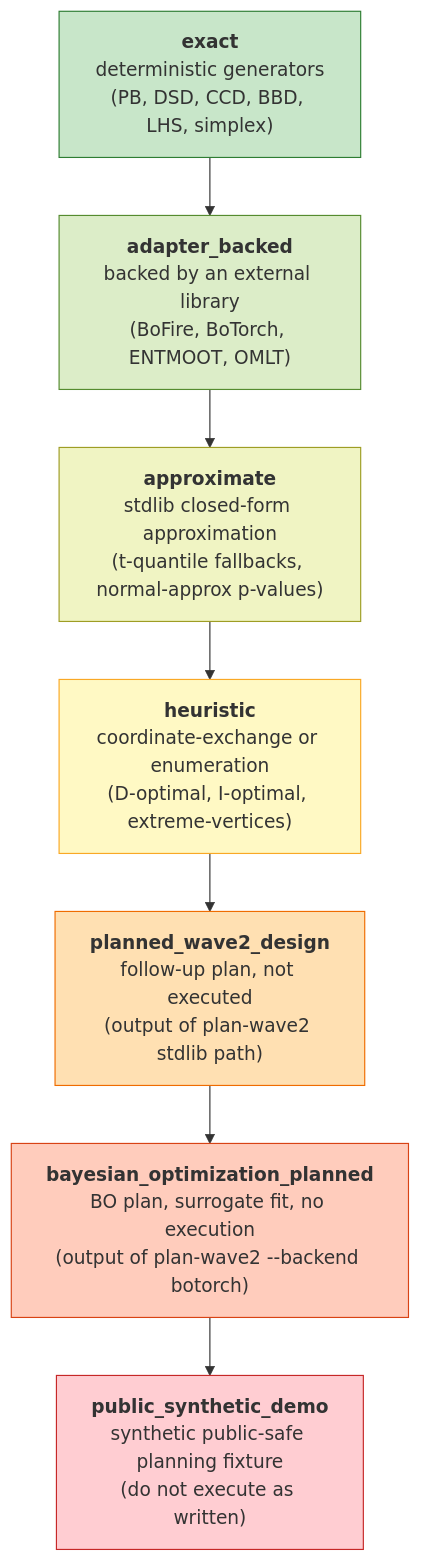
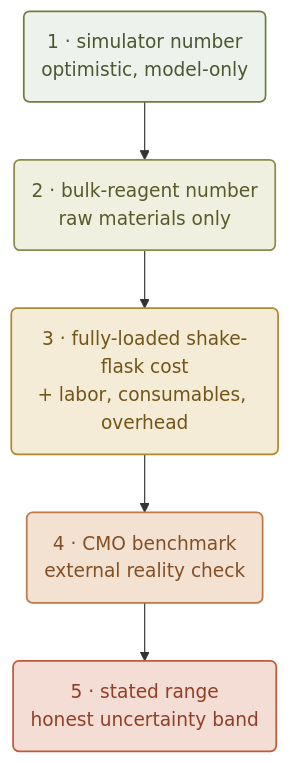
The tenth of 14 diagrams in README.md (BioSymphony/ferm-doe), drawn with Mermaid before and after one commit. The commit also changed other lines of this file and 2 other files, not shown here.

First line of the commit message:
Convert README and visual overview diagrams to inline Mermaid

````diff
--- a/README.md
+++ b/README.md
@@ -271,20 +413,14 @@
 ```mermaid
 flowchart TB
-    A["<b>exact</b><br/>deterministic generators<br/>(PB, DSD, CCD, BBD, LHS, simplex)"]
-    B["<b>adapter_backed</b><br/>backed by an external library<br/>(BoFire, BoTorch, ENTMOOT, OMLT)"]
-    C["<b>approximate</b><br/>stdlib closed-form approximation<br/>(t-quantile fallbacks, normal-approx p-values)"]
-    D["<b>heuristic</b><br/>coordinate-exchange or enumeration<br/>(D-optimal, I-optimal, extreme-vertices)"]
-    E["<b>planned_wave2_design</b><br/>follow-up plan, not executed<br/>(output of plan-wave2 stdlib path)"]
-    F["<b>bayesian_optimization_planned</b><br/>BO plan, surrogate fit, no execution<br/>(output of plan-wave2 --backend botorch)"]
-    G["<b>public_synthetic_demo</b><br/>synthetic public-safe planning fixture<br/>(do not execute as written)"]
-
-    A --> B --> C --> D --> E --> F --> G
-
-    style A fill:#c8e6c9,stroke:#2e7d32
-    style B fill:#dcedc8,stroke:#558b2f
-    style C fill:#f0f4c3,stroke:#9e9d24
-    style D fill:#fff9c4,stroke:#f9a825
-    style E fill:#ffe0b2,stroke:#ef6c00
-    style F fill:#ffccbc,stroke:#d84315
-    style G fill:#ffcdd2,stroke:#c62828
+  C1("1 · simulator number<br/>optimistic, model-only"):::c1
+  C2("2 · bulk-reagent number<br/>raw materials only"):::c2
+  C3("3 · fully-loaded shake-flask cost<br/>+ labor, consumables, overhead"):::c3
+  C4("4 · CMO benchmark<br/>external reality check"):::c4
+  C5("5 · stated range<br/>honest uncertainty band"):::c5
+  C1 --> C2 --> C3 --> C4 --> C5
+  classDef c1 fill:#eef2ec,stroke:#6f7d3f,color:#4c5630,stroke-width:1.5px;
+  classDef c2 fill:#f0f0e0,stroke:#8a8b4a,color:#585a2a,stroke-width:1.5px;
+  classDef c3 fill:#f5ecd7,stroke:#b0892f,color:#735518,stroke-width:1.5px;
+  classDef c4 fill:#f3e2d2,stroke:#bf7a45,color:#834f24,stroke-width:1.5px;
+  classDef c5 fill:#f3ddd4,stroke:#bf5a3c,color:#923f28,stroke-width:1.5px;
 ```
````
